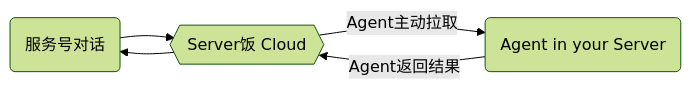
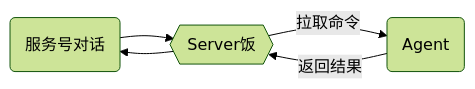
One commit to hack-fan/skadi-doc changed the diagram in content/zh/docs/20-getting-started/_index.md. Above: the diagram before and after it, drawn with Mermaid (forest theme). The commit also changed other lines of this file, not shown here.

````diff
--- a/content/zh/docs/20-getting-started/_index.md
+++ b/content/zh/docs/20-getting-started/_index.md
@@ -12,7 +38,7 @@
 ```mermaid
 graph LR
-  im(服务号对话) --> c{{Server饭 Cloud}}
-  c -- Agent主动拉取 --> a(Agent in your Server)
-  a -- Agent返回结果 --> c
-  c --> im
+  IM(服务号对话) --> c{{Server饭}}
+  c -- 拉取命令 --> a(Agent)
+  a -- 返回结果 --> c
+  c --> IM
 ```
````
